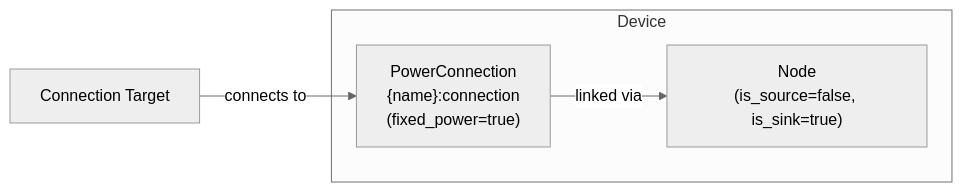
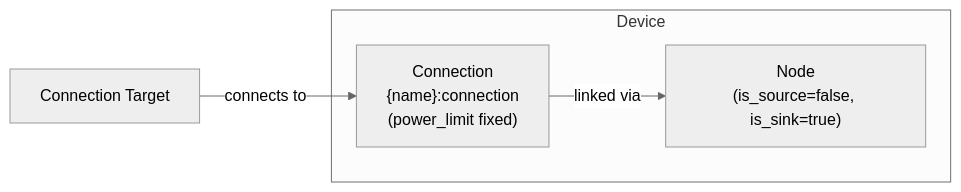
One commit to hass-energy/haeo changed the diagram in docs/modeling/device-layer/loads.md. Above: the diagram before and after it, drawn with Mermaid (neutral theme). The commit also changed other lines of this file and 13 other files, not shown here.

````diff
--- a/docs/modeling/device-layer/loads.md
+++ b/docs/modeling/device-layer/loads.md
@@ -7,13 +7,13 @@
 ```mermaid
 graph LR
     subgraph "Device"
         SS["Node<br/>(is_source=false, is_sink=true)"]
-        Conn["PowerConnection<br/>{name}:connection<br/>(fixed_power=true)"]
+        Conn["Connection<br/>{name}:connection<br/>(power_limit fixed)"]
     end
 
     Node[Connection Target]
 
 
     Conn -->|linked via| SS
     Node -->|connects to| Conn
 ```
````
